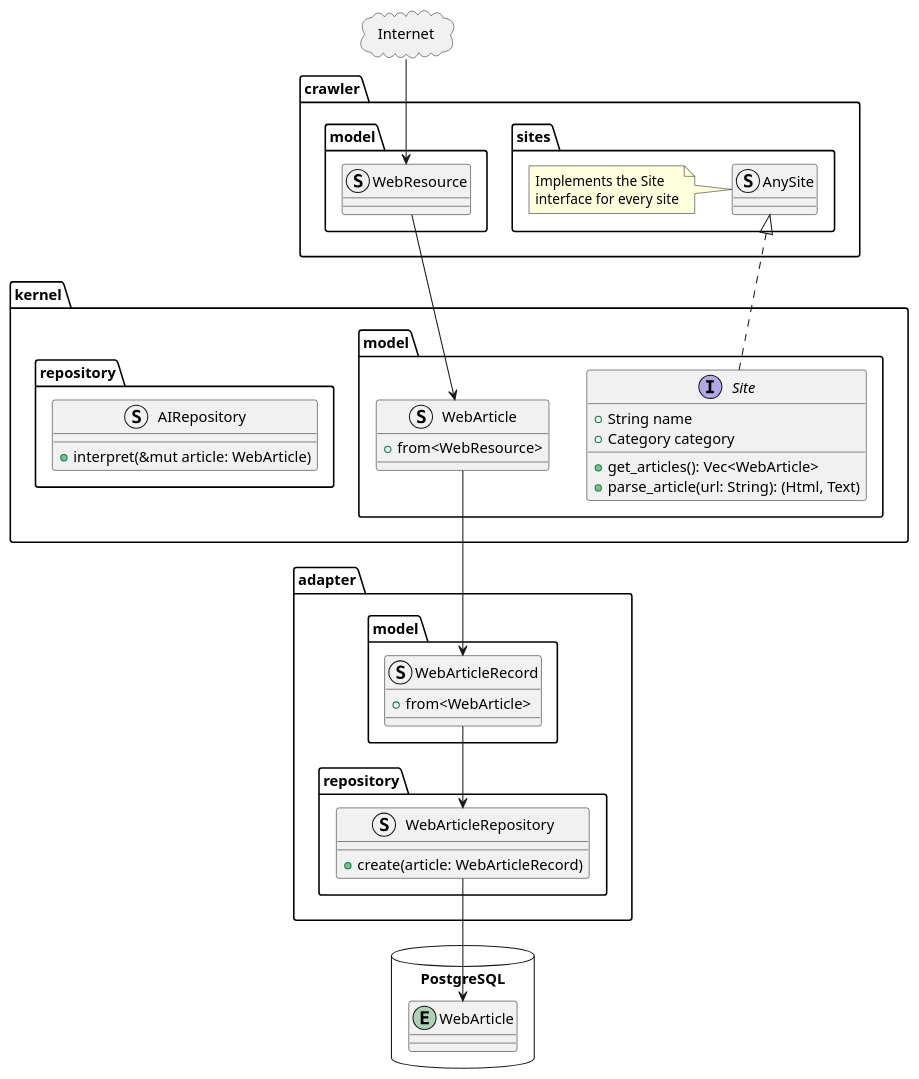
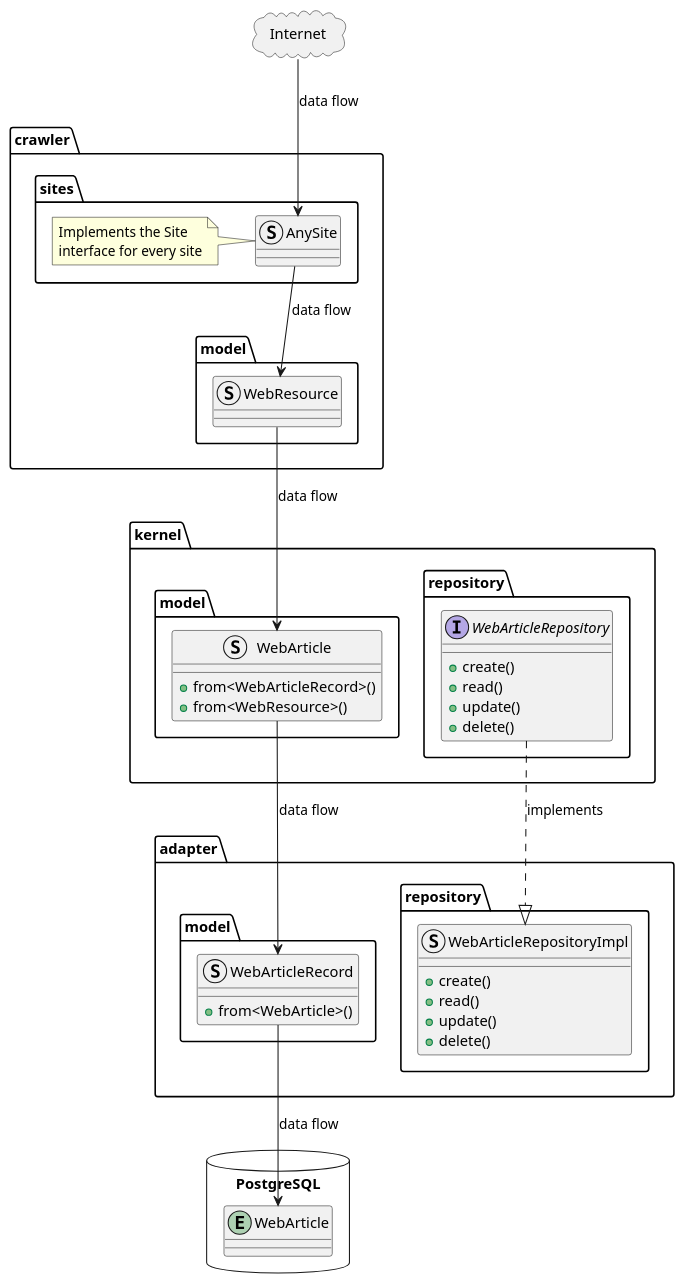
One commit to akitenkrad/rs-rss changed the diagram in design/class_diagram.pu. Above: the diagram before and after it, drawn with PlantUML. The commit also changed 2 other files, not shown here.

```diff
--- a/design/class_diagram.pu
+++ b/design/class_diagram.pu
@@ -1,59 +1,62 @@
 @startuml class_diagram
 
 package Internet <<Cloud>> {
 }
 
 package crawler {
     package sites {
         struct AnySite
         note left: Implements the Site\ninterface for every site
     }
     package model {
-        struct WebResource
+        struct WebResource {
+        }
     }
 }
 
 package kernel {
     package model {
-        Interface Site {
-            +String name
-            +Category category
-            +get_articles(): Vec<WebArticle>
-            +parse_article(url: String): (Html, Text)
-        }
         struct WebArticle {
-            +from<WebResource>
+            +from<WebArticleRecord>()
+            +from<WebResource>()
         }
     }
     package repository {
-        struct AIRepository {
-            +interpret(&mut article: WebArticle)
+        interface WebArticleRepository {
+            +create()
+            +read()
+            +update()
+            +delete()
         }
     }
 }
 
 package adapter {
     package model {
         struct WebArticleRecord {
-            +from<WebArticle>
+            +from<WebArticle>()
         }
     }
     package repository {
-        struct WebArticleRepository {
-            +create(article: WebArticleRecord)
+        struct WebArticleRepositoryImpl {
+            +create()
+            +read()
+            +update()
+            +delete()
         }
     }
 }
 
 database PostgreSQL {
     entity WebArticle
 }
 
 
-kernel.model.Site ..|> crawler.sites.AnySite
-Internet --> crawler.model.WebResource
-crawler.model.WebResource --> kernel.model.WebArticle
-kernel.model.WebArticle --> adapter.model.WebArticleRecord
-adapter.model.WebArticleRecord --> adapter.repository.WebArticleRepository
-adapter.repository.WebArticleRepository --> PostgreSQL.WebArticle
+Internet --> crawler.sites.AnySite:data flow
+crawler.sites.AnySite --> crawler.model.WebResource: data flow
+crawler.model.WebResource --> kernel.model.WebArticle: data flow
+kernel.model.WebArticle --> adapter.model.WebArticleRecord: data flow
+adapter.model.WebArticleRecord --> PostgreSQL.WebArticle: data flow
+
+kernel.repository.WebArticleRepository ..|> adapter.repository.WebArticleRepositoryImpl: implements
 @enduml
```
